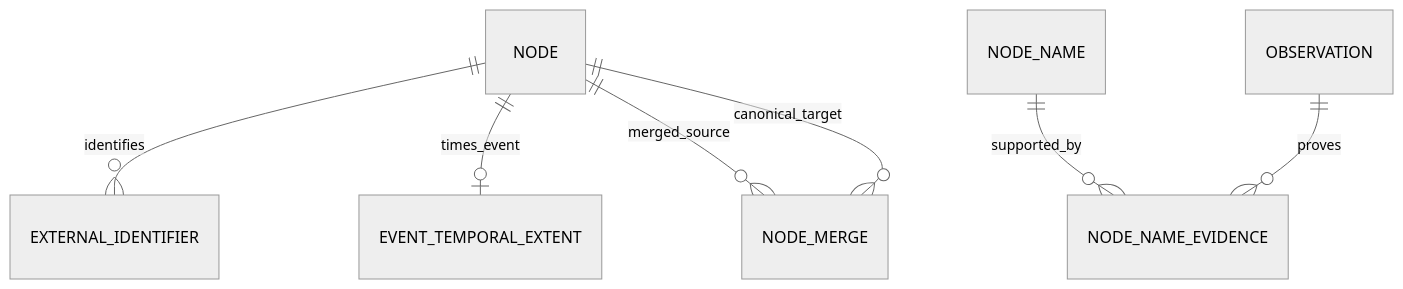
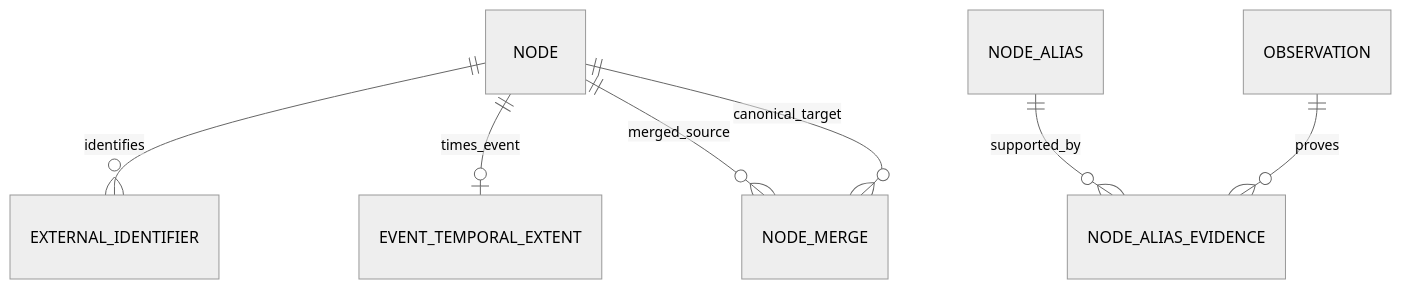
Before and after one commit to studylida/ontology-map: the fourth of 8 diagrams in logical-data-schema.md, drawn with Mermaid (neutral theme). The commit also changed other lines of this file, not shown here.

Commit message:
docs: simplify ontology graph identity schema

````diff
--- a/logical-data-schema.md
+++ b/logical-data-schema.md
@@ -152,9 +154,9 @@
 ```mermaid
 erDiagram
     NODE ||--o{ EXTERNAL_IDENTIFIER : identifies
     NODE ||--o| EVENT_TEMPORAL_EXTENT : times_event
-    NODE_NAME ||--o{ NODE_NAME_EVIDENCE : supported_by
-    OBSERVATION ||--o{ NODE_NAME_EVIDENCE : proves
+    NODE_ALIAS ||--o{ NODE_ALIAS_EVIDENCE : supported_by
+    OBSERVATION ||--o{ NODE_ALIAS_EVIDENCE : proves
     NODE ||--o{ NODE_MERGE : merged_source
     NODE ||--o{ NODE_MERGE : canonical_target
 ```
````
